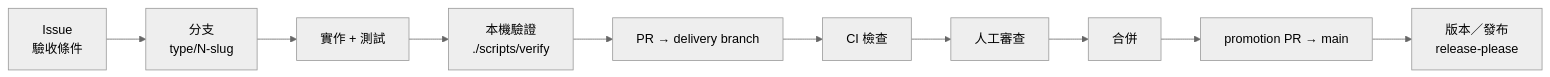
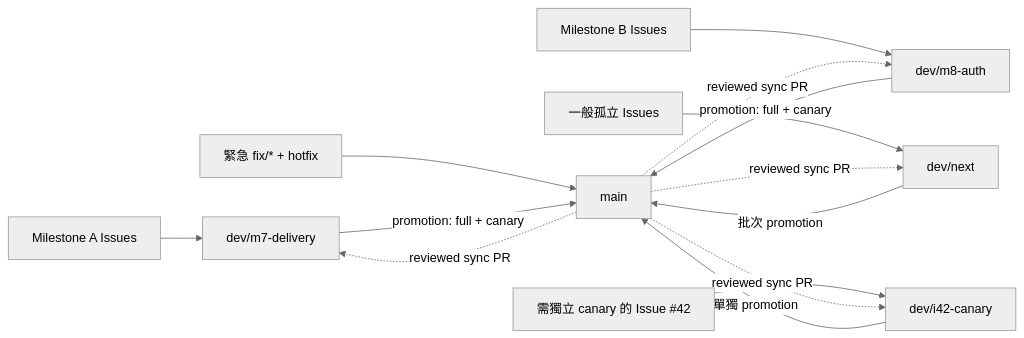
The diagram in README.md (Innoguard-Cyber-Arch/csarc-repo-template), drawn with Mermaid (neutral theme) before and after one commit. The commit also changed other lines of this file and 29 other files, not shown here.

````diff
--- a/README.md
+++ b/README.md
@@ -61,12 +63,16 @@
 ```mermaid
 flowchart LR
-    A["Issue<br/>驗收條件"] --> B["分支<br/>type/N-slug"]
-    B --> C["實作 + 測試"]
-    C --> D["本機驗證<br/>./scripts/verify"]
-    D --> E["PR → delivery branch"]
-    E --> F["CI 檢查"]
-    F --> G["人工審查"]
-    G --> H["合併"]
-    H --> I["promotion PR → main"]
-    I --> J["版本／發布<br/>release-please"]
+  A1["Milestone A Issues"] --> MA["dev/m7-delivery"]
+  B1["Milestone B Issues"] --> MB["dev/m8-auth"]
+  S["一般孤立 Issues"] --> N["dev/next"]
+  I["需獨立 canary 的 Issue #42"] --> DI["dev/i42-canary"]
+  H["緊急 fix/* + hotfix"] --> MAIN["main"]
+  MA -->|promotion: full + canary| MAIN
+  MB -->|promotion: full + canary| MAIN
+  N -->|批次 promotion| MAIN
+  DI -->|單獨 promotion| MAIN
+  MAIN -. "reviewed sync PR" .-> MA
+  MAIN -. "reviewed sync PR" .-> MB
+  MAIN -. "reviewed sync PR" .-> N
+  MAIN -. "reviewed sync PR" .-> DI
 ```
````
